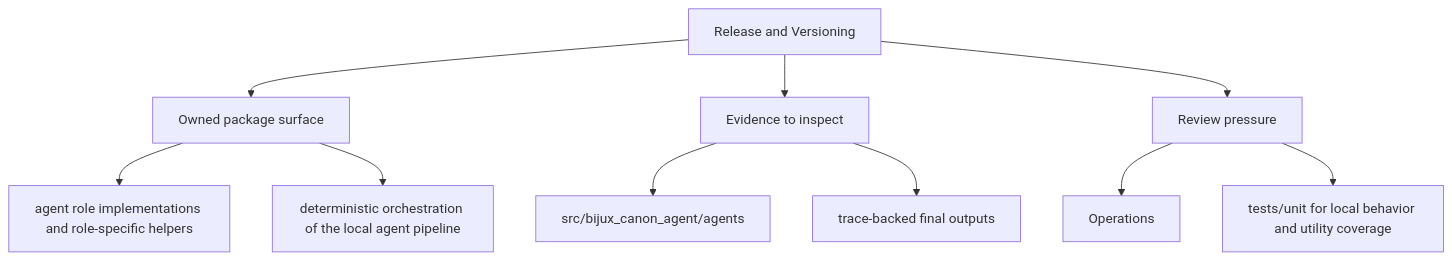
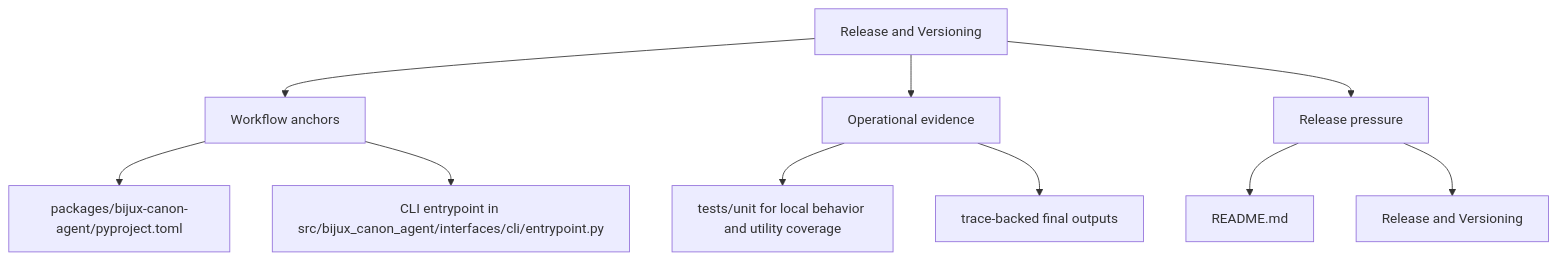
The second of 2 diagrams in docs/bijux-canon-agent/operations/release-and-versioning.md (bijux/bijux-canon), drawn with Mermaid before and after one commit. The commit also changed other lines of this file and 250 other files, not shown here.

Commit message:
docs(diagrams): make product page maps more readable

````diff
--- a/docs/bijux-canon-agent/operations/release-and-versioning.md
+++ b/docs/bijux-canon-agent/operations/release-and-versioning.md
@@ -35,22 +35,22 @@
 ```mermaid
 flowchart TD
     page["Release and Versioning"]
-    focus1["Owned package surface"]
+    focus1["Workflow anchors"]
     page --> focus1
-    focus1_1["agent role implementations and role-specific helpers"]
+    focus1_1["packages/bijux-canon-agent/pyproject.toml"]
     focus1 --> focus1_1
-    focus1_2["deterministic orchestration of the local agent pipeline"]
+    focus1_2["CLI entrypoint in src/bijux_canon_agent/interfaces/cli/entrypoint.py"]
     focus1 --> focus1_2
-    focus2["Evidence to inspect"]
+    focus2["Operational evidence"]
     page --> focus2
-    focus2_1["src/bijux_canon_agent/agents"]
+    focus2_1["tests/unit for local behavior and utility coverage"]
     focus2 --> focus2_1
     focus2_2["trace-backed final outputs"]
     focus2 --> focus2_2
-    focus3["Review pressure"]
+    focus3["Release pressure"]
     page --> focus3
-    focus3_1["Operations"]
+    focus3_1["README.md"]
     focus3 --> focus3_1
-    focus3_2["tests/unit for local behavior and utility coverage"]
+    focus3_2["Release and Versioning"]
     focus3 --> focus3_2
 ```
````
